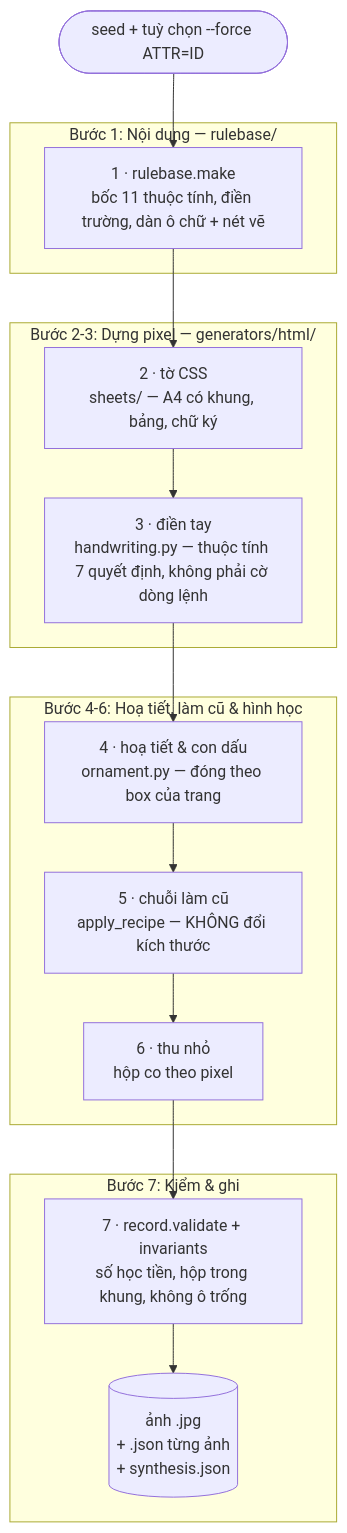
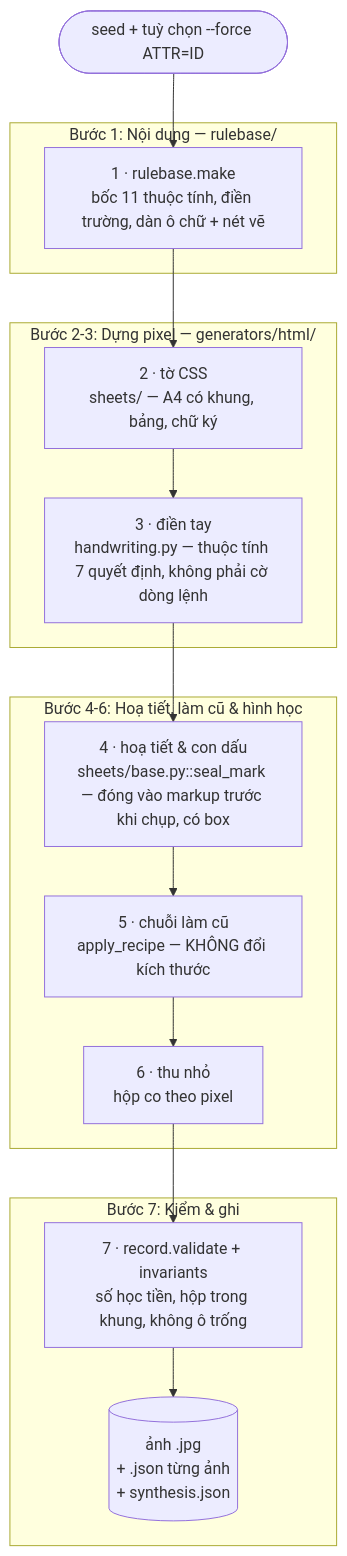
The first of 5 diagrams in README.md (LinhPhuong14/vlm-ocr-synthetic), drawn with Mermaid before and after one commit. The commit also changed other lines of this file and 17 other files, not shown here.

````diff
--- a/README.md
+++ b/README.md
@@ -75,24 +75,24 @@
 ```mermaid
 flowchart TD
     seed(["seed + tuỳ chọn --force ATTR=ID"]) --> A
 
     subgraph S1 ["Bước 1: Nội dung — rulebase/"]
         A["1 · rulebase.make<br/>bốc 11 thuộc tính, điền trường, dàn ô chữ + nét vẽ"]
     end
 
     subgraph S2 ["Bước 2-3: Dựng pixel — generators/html/"]
         A --> D2["2 · tờ CSS<br/>sheets/ — A4 có khung, bảng, chữ ký"]
         D2 --> D3["3 · điền tay<br/>handwriting.py — thuộc tính 7 quyết định, không phải cờ dòng lệnh"]
     end
 
     subgraph S3 ["Bước 4-6: Hoạ tiết, làm cũ & hình học"]
-        D3 --> F["4 · hoạ tiết & con dấu<br/>ornament.py — đóng theo box của trang"]
+        D3 --> F["4 · hoạ tiết & con dấu<br/>sheets/base.py::seal_mark — đóng vào markup trước khi chụp, có box"]
         F --> E["5 · chuỗi làm cũ<br/>apply_recipe — KHÔNG đổi kích thước"]
         E --> G["6 · thu nhỏ<br/>hộp co theo pixel"]
     end
 
     subgraph S4 ["Bước 7: Kiểm & ghi"]
         G --> H["7 · record.validate + invariants<br/>số học tiền, hộp trong khung, không ô trống"]
         H --> O[("ảnh .jpg<br/>+ .json từng ảnh<br/>+ synthesis.json")]
     end
 ```
````
